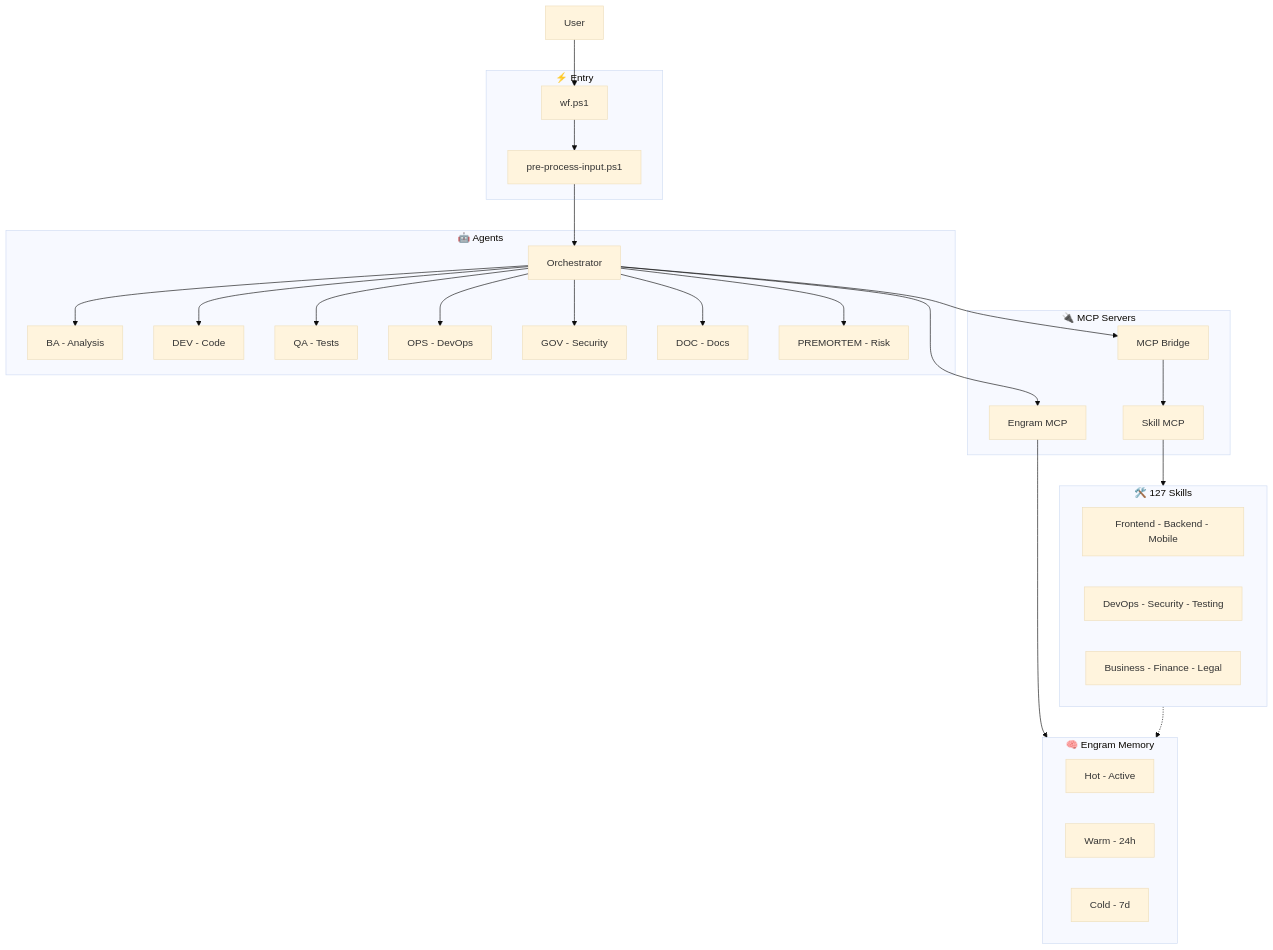
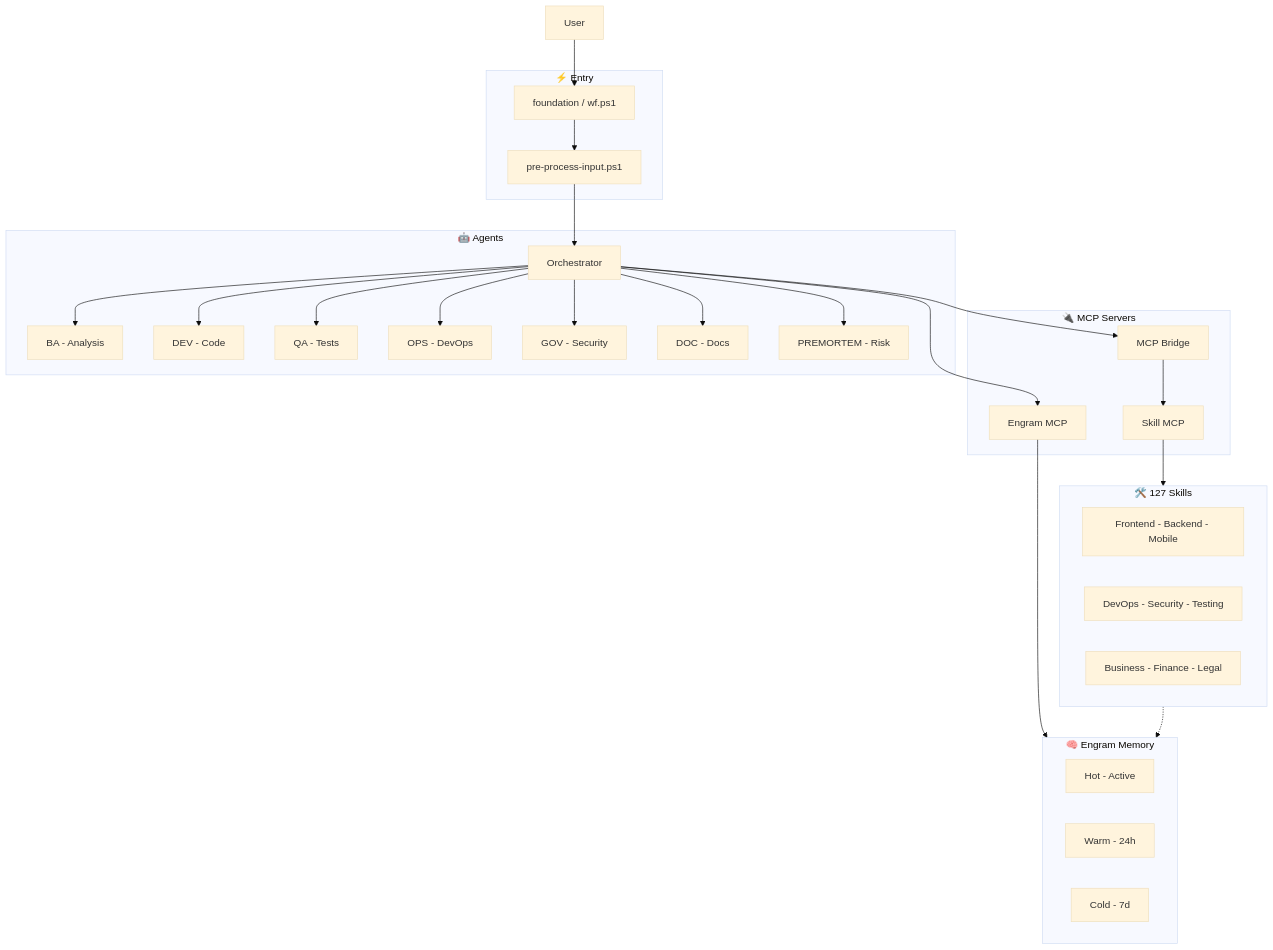
The second of 3 diagrams in README.md (EmmanuelOrtiz87/gentle-vanguard), drawn with Mermaid (base theme) before and after one commit. The commit also changed other lines of this file and 14 other files, not shown here.

````diff
--- a/README.md
+++ b/README.md
@@ -116,41 +116,41 @@
 ```mermaid
 flowchart TB
     subgraph AGT["🤖 Agents"]
         ORC[Orchestrator]
         ORC --> BA[BA - Analysis]
         ORC --> DEV[DEV - Code]
         ORC --> QA[QA - Tests]
         ORC --> OPS[OPS - DevOps]
         ORC --> GOV[GOV - Security]
         ORC --> DOC[DOC - Docs]
         ORC --> PRE[PREMORTEM - Risk]
     end
 
     subgraph CLI["⚡ Entry"]
-        WF[wf.ps1]
+        WF[foundation / wf.ps1]
         PP[pre-process-input.ps1]
     end
 
     subgraph MCP["🔌 MCP Servers"]
         BRIDGE[MCP Bridge]
         EMCP[Engram MCP]
         SMCP[Skill MCP]
     end
 
     subgraph SK["🛠️ 127 Skills"]
         FE[Frontend - Backend - Mobile]
         OS[DevOps - Security - Testing]
         BZ[Business - Finance - Legal]
     end
 
     subgraph MEM["🧠 Engram Memory"]
         H[Hot - Active]
         W[Warm - 24h]
         C[Cold - 7d]
     end
 
     User --> WF --> PP --> ORC
     ORC --> BRIDGE --> SMCP --> SK
     ORC --> EMCP --> MEM
     SK -.-> MEM
 ```
````
